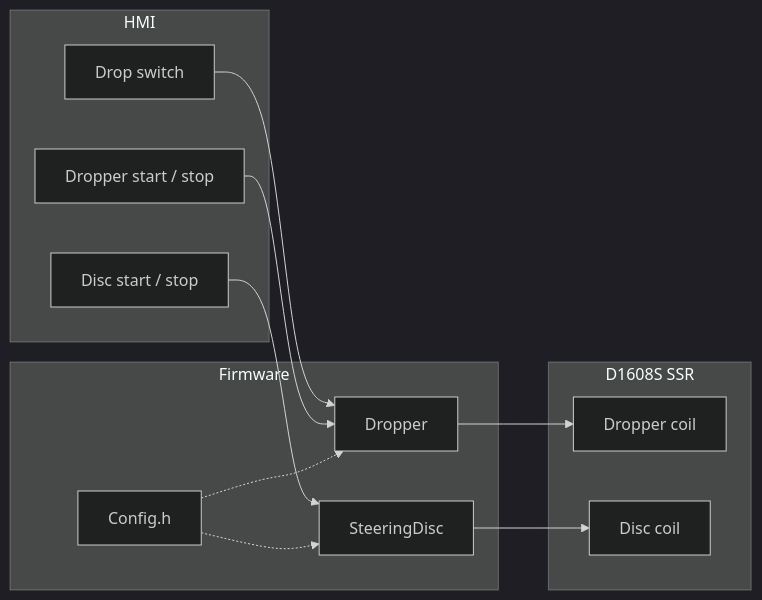
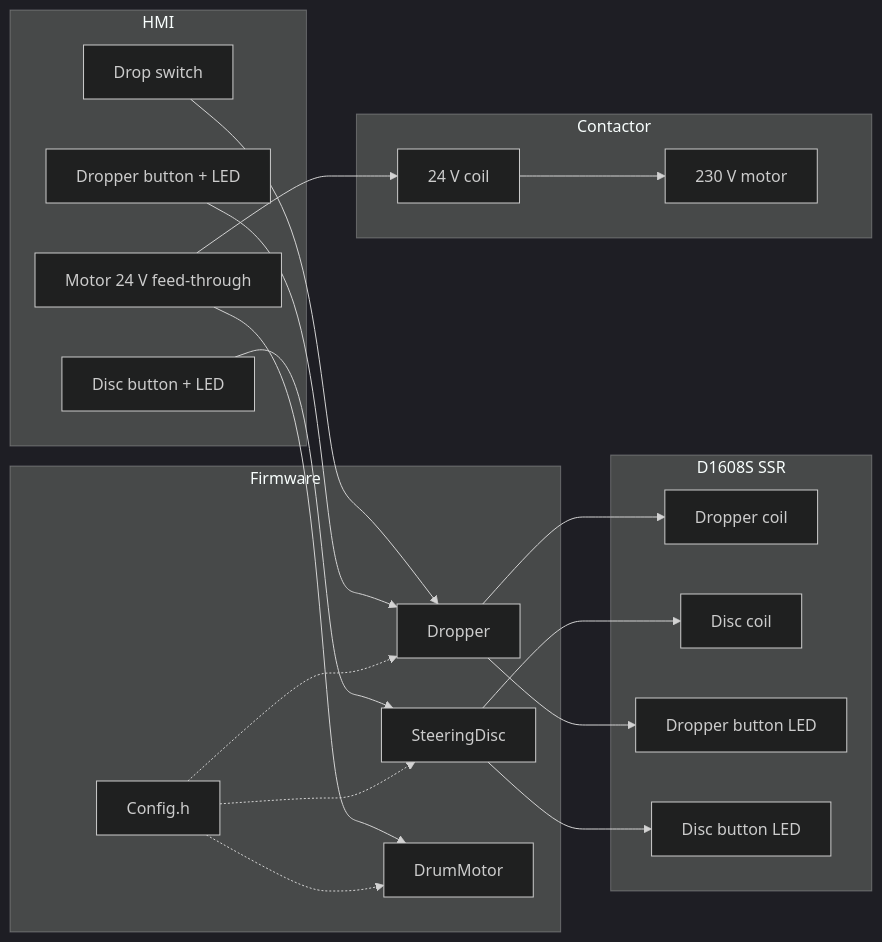
The diagram in README.md (lucaterraneo/multidrop_test), drawn with Mermaid (dark theme) before and after one commit. The commit also changed other lines of this file and 10 other files, not shown here.

````diff
--- a/README.md
+++ b/README.md
@@ -43,27 +45,42 @@
 ```mermaid
 flowchart LR
   subgraph HMI
     DS[Drop switch]
-    DB[Dropper start / stop]
-    SB[Disc start / stop]
+    DB[Dropper button + LED]
+    SB[Disc button + LED]
+    MS[Motor 24 V feed-through]
   end
 
   subgraph FW["Firmware"]
     DR[Dropper]
     SD[SteeringDisc]
+    DM[DrumMotor]
     CFG[Config.h]
   end
 
   subgraph VALVE["D1608S SSR"]
     V1[Dropper coil]
     V2[Disc coil]
+    L1[Dropper button LED]
+    L2[Disc button LED]
+  end
+
+  subgraph POWER["Contactor"]
+    C1[24 V coil]
+    C2[230 V motor]
   end
 
   DS --> DR
   DB --> DR
   SB --> SD
+  MS --> DM
+  MS --> C1
+  C1 --> C2
   CFG -.-> DR
   CFG -.-> SD
+  CFG -.-> DM
   DR --> V1
   SD --> V2
+  DR --> L1
+  SD --> L2
 ```
````
